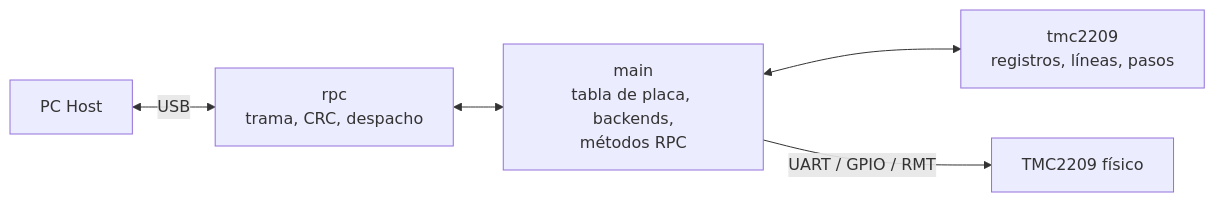
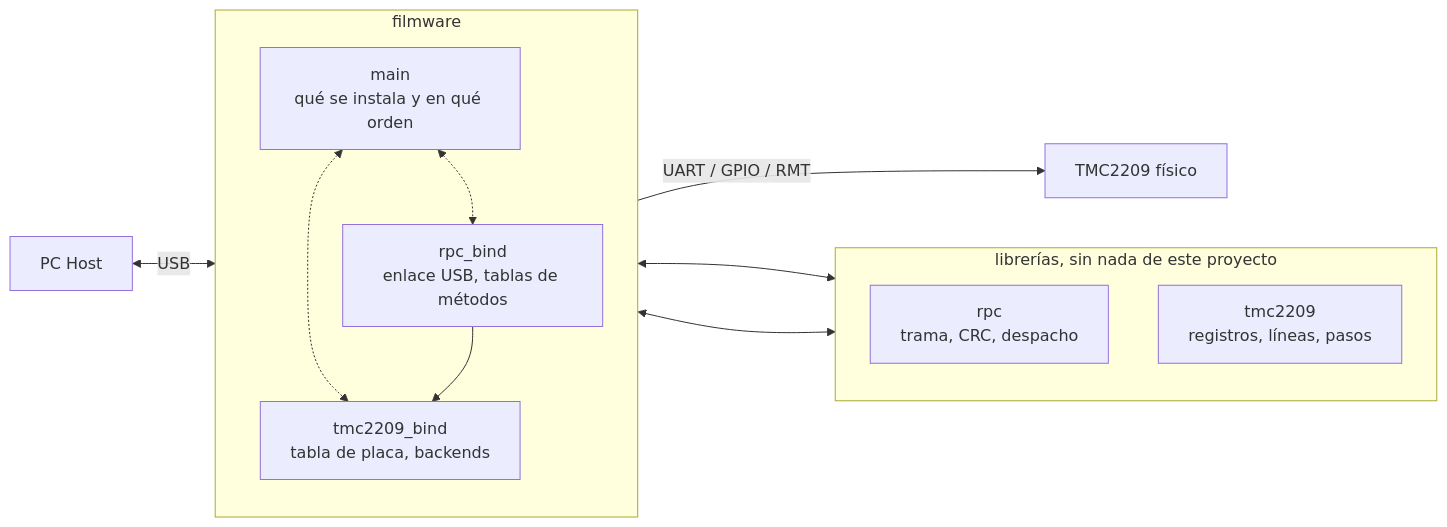
Before and after one commit to stefaema/STEF: the first of 5 diagrams in firmware/docs/README.md, drawn with Mermaid. The commit also changed other lines of this file and 15 other files, not shown here.

Commit message:
firmware: Refactor firmware documentation and structure; separate rpc and tmc2209 components into distinct directories with updated CMake configurations and Kconfig settings.

````diff
--- a/firmware/docs/README.md
+++ b/firmware/docs/README.md
@@ -13,7 +28,26 @@
 ```mermaid
 flowchart LR
-    PC[PC Host] <-->|USB| RPC[rpc<br/>trama, CRC, despacho]
-    RPC <--> MAIN[main<br/>tabla de placa, backends,<br/>métodos RPC]
-    MAIN <--> TMC[tmc2209<br/>registros, líneas, pasos]
-    MAIN -->|UART / GPIO / RMT| HW[TMC2209 físico]
+    PC[PC Host]
+    HW[TMC2209 físico]
+
+    subgraph film["filmware"]
+        direction TB
+        M["main<br/>qué se instala y en qué orden"]
+        RB["rpc_bind<br/>enlace USB, tablas de métodos"]
+        TB["tmc2209_bind<br/>tabla de placa, backends"]
+        M <-.-> RB
+        M <-.-> TB
+    end
+
+    subgraph libs["librerías, sin nada de este proyecto"]
+        direction TB
+        RPC["rpc<br/>trama, CRC, despacho"]
+        TMC["tmc2209<br/>registros, líneas, pasos"]
+    end
+
+    PC <-->|USB| RB
+    RB <--> RPC
+    RB --> TB
+    TB <--> TMC
+    TB -->|UART / GPIO / RMT| HW
 ```
````
